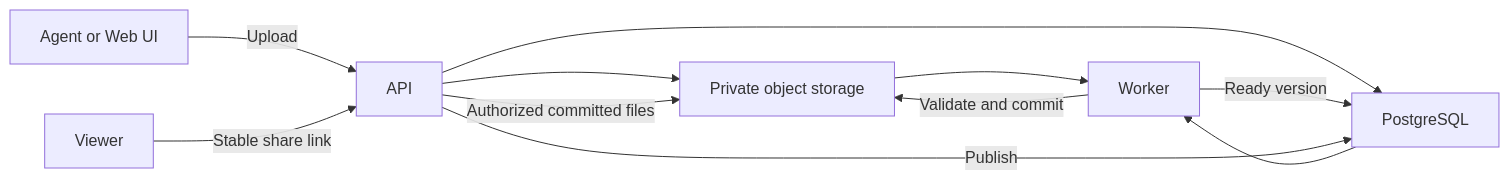
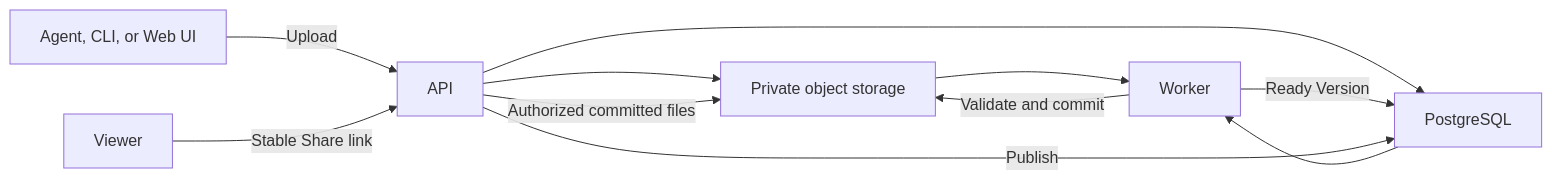
One commit to walnut1024/ShareSlices changed the diagram in README.md. Above: the diagram before and after it, drawn with Mermaid. The commit also changed other lines of this file, not shown here.

````diff
--- a/README.md
+++ b/README.md
@@ -107,13 +174,13 @@
 ```mermaid
 flowchart LR
-    A["Agent or Web UI"] -->|"Upload"| B["API"]
+    A["Agent, CLI, or Web UI"] -->|"Upload"| B["API"]
     B --> C["Private object storage"]
     B --> D["PostgreSQL"]
-    D --> E["Worker"]
-    C --> E
+    C --> E["Worker"]
+    D --> E
     E -->|"Validate and commit"| C
-    E -->|"Ready version"| D
+    E -->|"Ready Version"| D
     B -->|"Publish"| D
-    F["Viewer"] -->|"Stable share link"| B
+    F["Viewer"] -->|"Stable Share link"| B
     B -->|"Authorized committed files"| C
 ```
````
